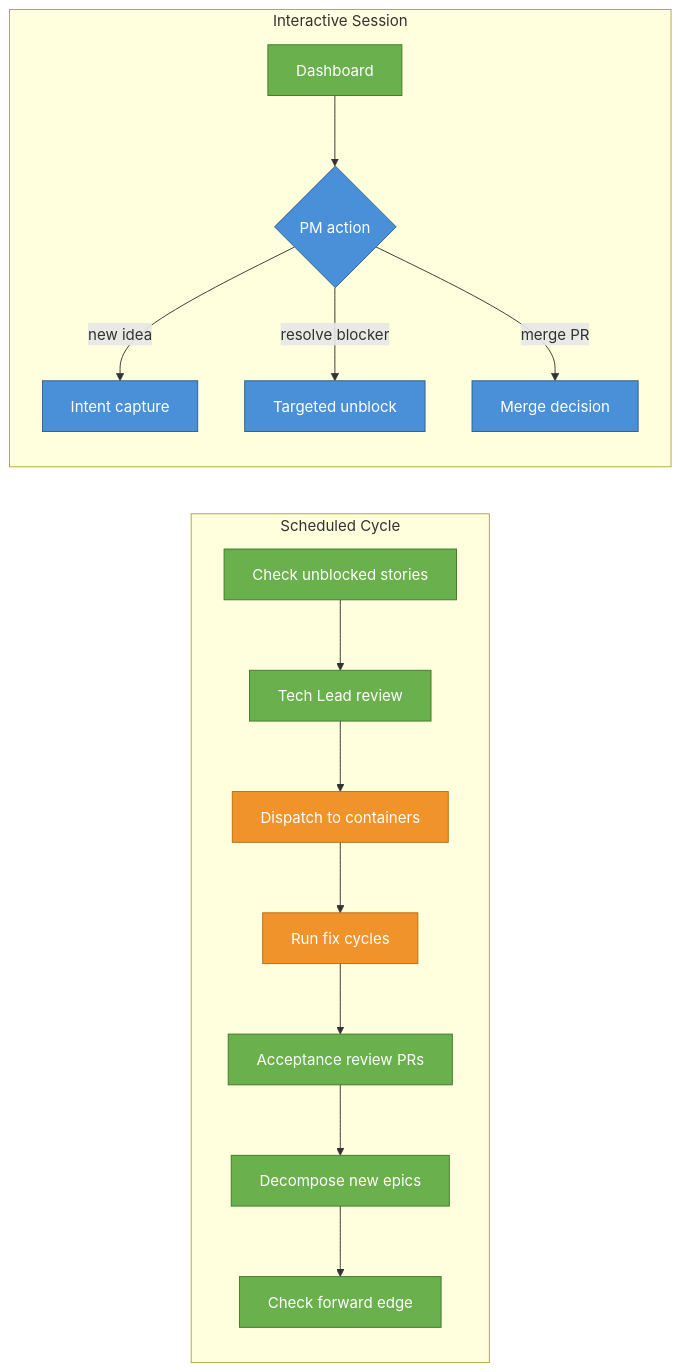
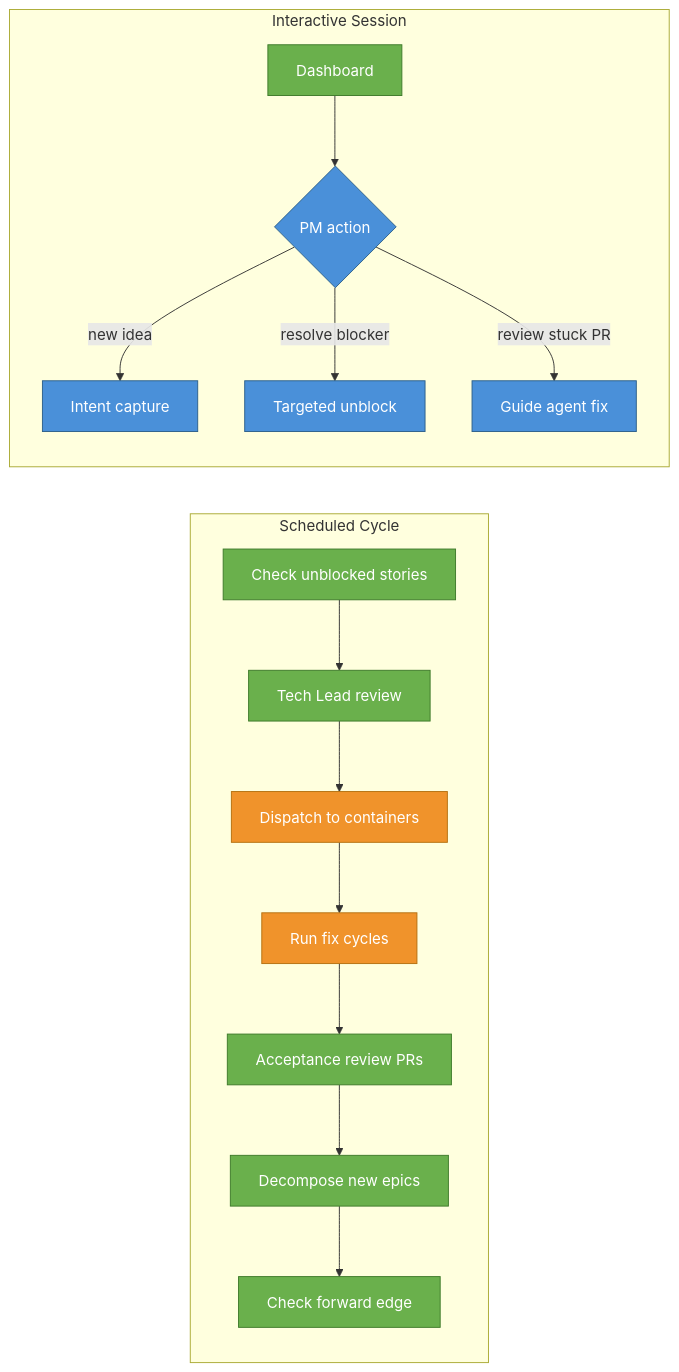
One commit to cfg-is/cfgms changed the third of 3 diagrams in docs/development/autonomous-dev-team.md. Above: the diagram before and after it, drawn with Mermaid. The commit also changed other lines of this file, not shown here.

````diff
--- a/docs/development/autonomous-dev-team.md
+++ b/docs/development/autonomous-dev-team.md
@@ -130,22 +130,22 @@
 ```mermaid
 flowchart LR
     subgraph Scheduled Cycle
         S1[Check unblocked stories]:::agent --> S2[Tech Lead review]:::agent
         S2 --> S3[Dispatch to containers]:::container
         S3 --> S4[Run fix cycles]:::container
         S4 --> S5[Acceptance review PRs]:::agent
         S5 --> S6[Decompose new epics]:::agent
         S6 --> S7[Check forward edge]:::agent
     end
 
     subgraph Interactive Session
         I1[Dashboard]:::agent --> I2{PM action}:::human
         I2 -->|new idea| I3[Intent capture]:::human
         I2 -->|resolve blocker| I4[Targeted unblock]:::human
-        I2 -->|merge PR| I5[Merge decision]:::human
+        I2 -->|review stuck PR| I5[Guide agent fix]:::human
     end
 
     classDef human fill:#4a90d9,stroke:#2c5f8a,color:#fff
     classDef agent fill:#6ab04c,stroke:#3e7a2a,color:#fff
     classDef container fill:#f0932b,stroke:#b5700f,color:#fff
 ```
````
